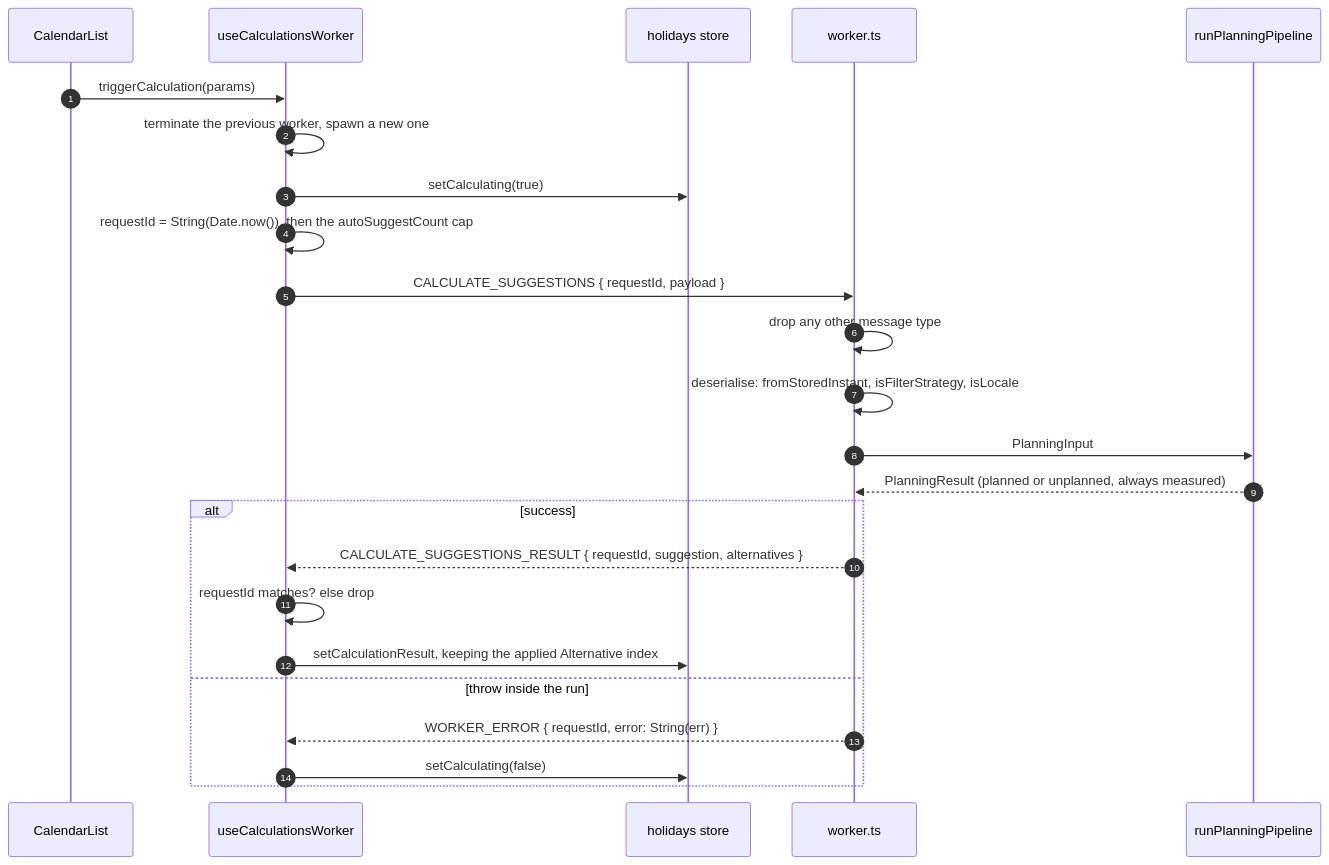
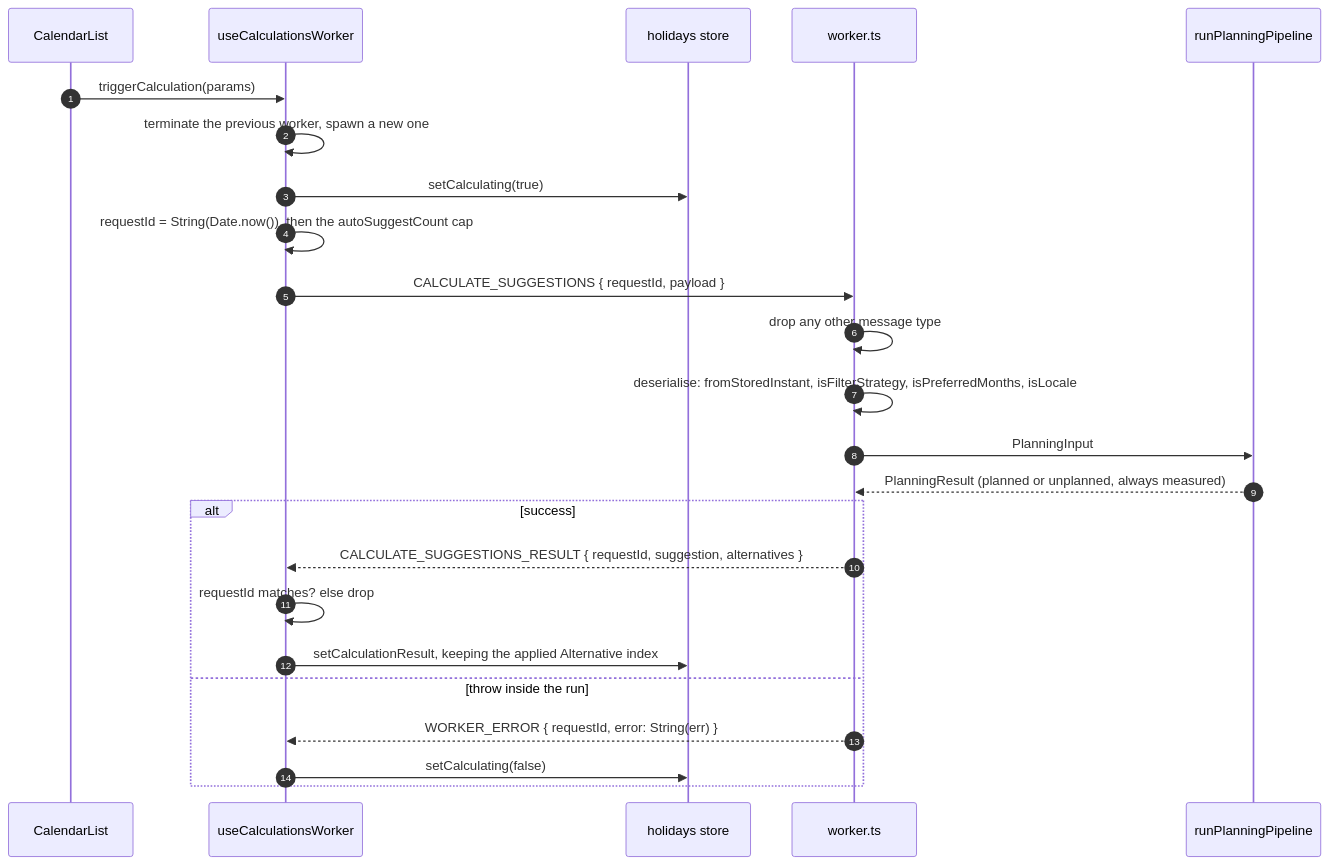
Before and after one commit to fbuireu/forever-pto: the first of 2 diagrams in apps/docs/src/content/docs/how-it-works/calculation-worker.mdx, drawn with Mermaid. The commit also changed other lines of this file and 9 other files, not shown here.

Commit message:
docs(docs): document the Main vacation strategy and the Preferred Months

````diff
--- a/apps/docs/src/content/docs/how-it-works/calculation-worker.mdx
+++ b/apps/docs/src/content/docs/how-it-works/calculation-worker.mdx
@@ -16,26 +16,26 @@
 ```mermaid
 sequenceDiagram
   autonumber
   participant CL as CalendarList
   participant HK as useCalculationsWorker
   participant HS as holidays store
   participant WK as worker.ts
   participant PL as runPlanningPipeline
   CL->>HK: triggerCalculation(params)
   HK->>HK: terminate the previous worker, spawn a new one
   HK->>HS: setCalculating(true)
   HK->>HK: requestId = String(Date.now()), then the autoSuggestCount cap
   HK->>WK: CALCULATE_SUGGESTIONS { requestId, payload }
   WK->>WK: drop any other message type
-  WK->>WK: deserialise: fromStoredInstant, isFilterStrategy, isLocale
+  WK->>WK: deserialise: fromStoredInstant, isFilterStrategy, isPreferredMonths, isLocale
   WK->>PL: PlanningInput
   PL-->>WK: PlanningResult (planned or unplanned, always measured)
   alt success
     WK-->>HK: CALCULATE_SUGGESTIONS_RESULT { requestId, suggestion, alternatives }
     HK->>HK: requestId matches? else drop
     HK->>HS: setCalculationResult, keeping the applied Alternative index
   else throw inside the run
     WK-->>HK: WORKER_ERROR { requestId, error: String(err) }
     HK->>HS: setCalculating(false)
   end
 ```
````
